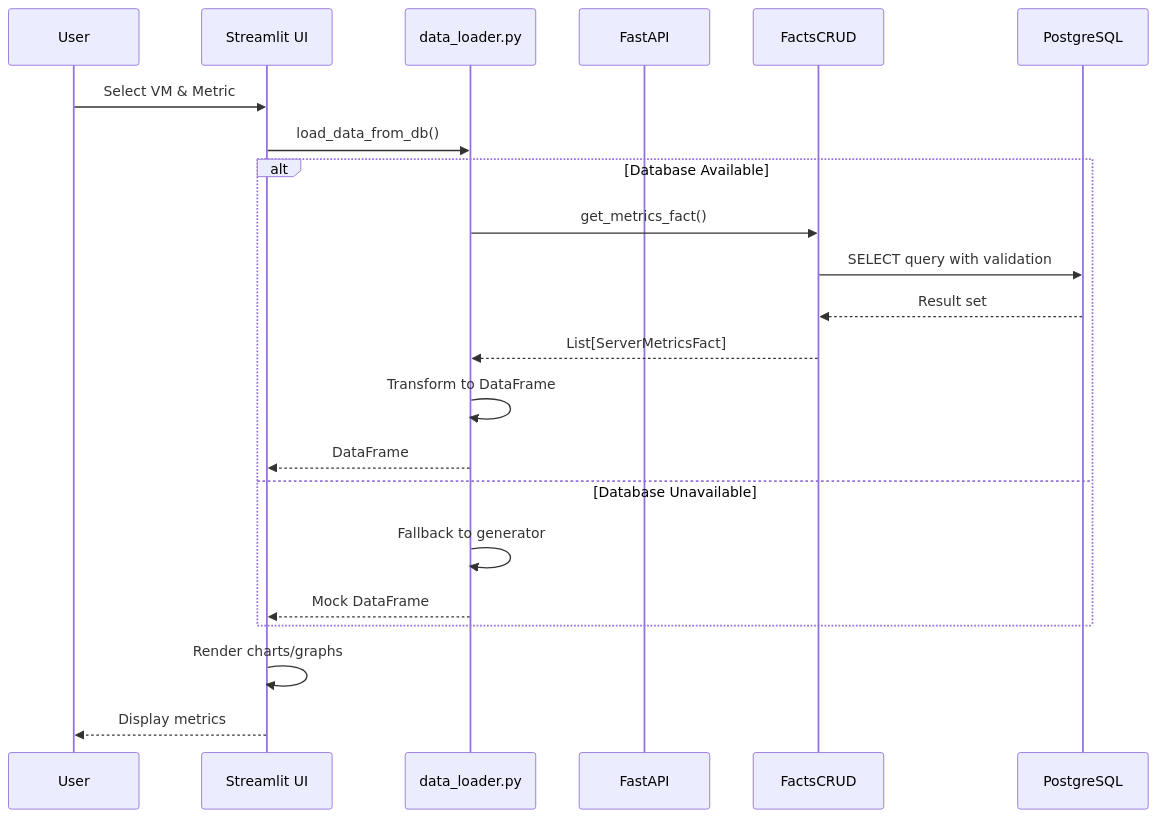
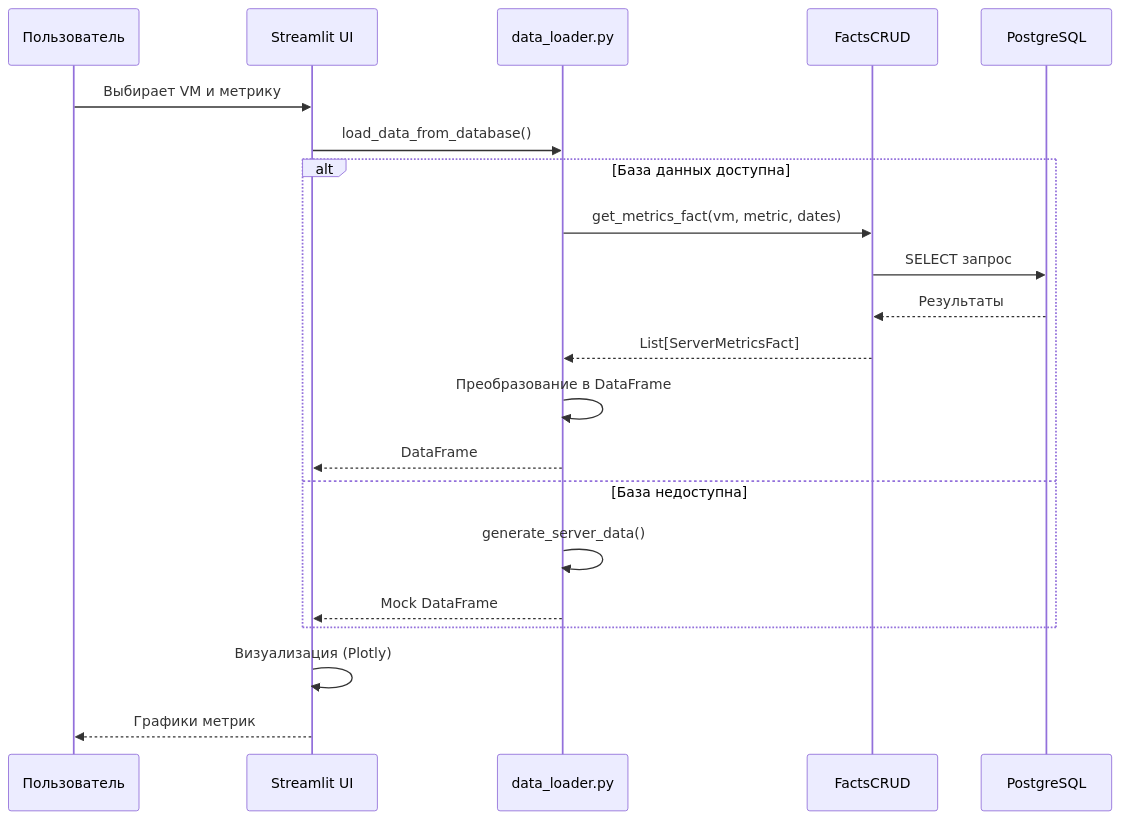
The fifth of 13 diagrams in docs/ARCHITECTURE.md (sweetd0vee/servers-dashboard), drawn with Mermaid before and after one commit. The commit also changed other lines of this file and 1 other file, not shown here.

````diff
--- a/docs/ARCHITECTURE.md
+++ b/docs/ARCHITECTURE.md
@@ -271,27 +256,26 @@
 ```mermaid
 sequenceDiagram
-    participant User
+    participant User as Пользователь
     participant UI as Streamlit UI
-    participant DataLoader as data_loader.py
-    participant API as FastAPI
+    participant Loader as data_loader.py
     participant CRUD as FactsCRUD
     participant DB as PostgreSQL
     
-    User->>UI: Select VM & Metric
-    UI->>DataLoader: load_data_from_db()
+    User->>UI: Выбирает VM и метрику
+    UI->>Loader: load_data_from_database()
     
-    alt Database Available
-        DataLoader->>CRUD: get_metrics_fact()
-        CRUD->>DB: SELECT query with validation
-        DB-->>CRUD: Result set
-        CRUD-->>DataLoader: List[ServerMetricsFact]
-        DataLoader->>DataLoader: Transform to DataFrame
-        DataLoader-->>UI: DataFrame
-    else Database Unavailable
-        DataLoader->>DataLoader: Fallback to generator
-        DataLoader-->>UI: Mock DataFrame
+    alt База данных доступна
+        Loader->>CRUD: get_metrics_fact(vm, metric, dates)
+        CRUD->>DB: SELECT запрос
+        DB-->>CRUD: Результаты
+        CRUD-->>Loader: List[ServerMetricsFact]
+        Loader->>Loader: Преобразование в DataFrame
+        Loader-->>UI: DataFrame
+    else База недоступна
+        Loader->>Loader: generate_server_data()
+        Loader-->>UI: Mock DataFrame
     end
     
-    UI->>UI: Render charts/graphs
-    UI-->>User: Display metrics
+    UI->>UI: Визуализация (Plotly)
+    UI-->>User: Графики метрик
 ```
````
